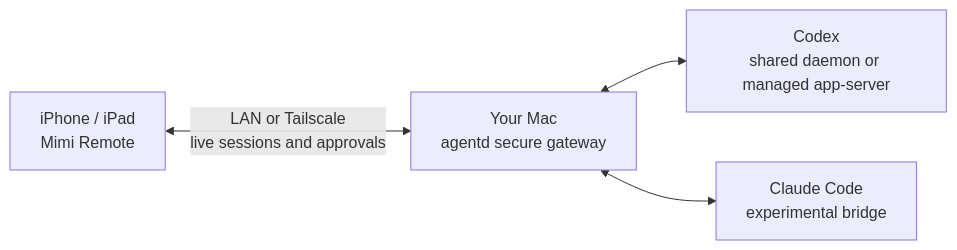
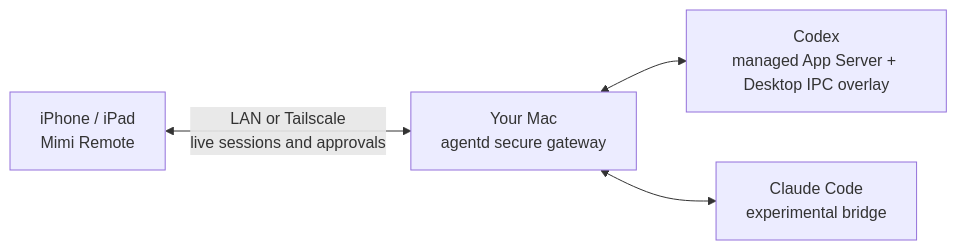
The diagram in README.md (gaixianggeng/mimi-remote), drawn with Mermaid before and after one commit. The commit also changed other lines of this file and 136 other files, not shown here.

Commit message:
MIM-148 replace shared daemon with Desktop IPC sync

````diff
--- a/README.md
+++ b/README.md
@@ -142,11 +142,11 @@
 ```mermaid
 flowchart LR
     Mobile["iPhone / iPad<br/>Mimi Remote"]
     Gateway["Your Mac<br/>agentd secure gateway"]
-    Codex["Codex<br/>shared daemon or managed app-server"]
+    Codex["Codex<br/>managed App Server + Desktop IPC overlay"]
     Claude["Claude Code<br/>experimental bridge"]
 
     Mobile <-->|"LAN or Tailscale<br/>live sessions and approvals"| Gateway
     Gateway <--> Codex
     Gateway <--> Claude
 ```
````
